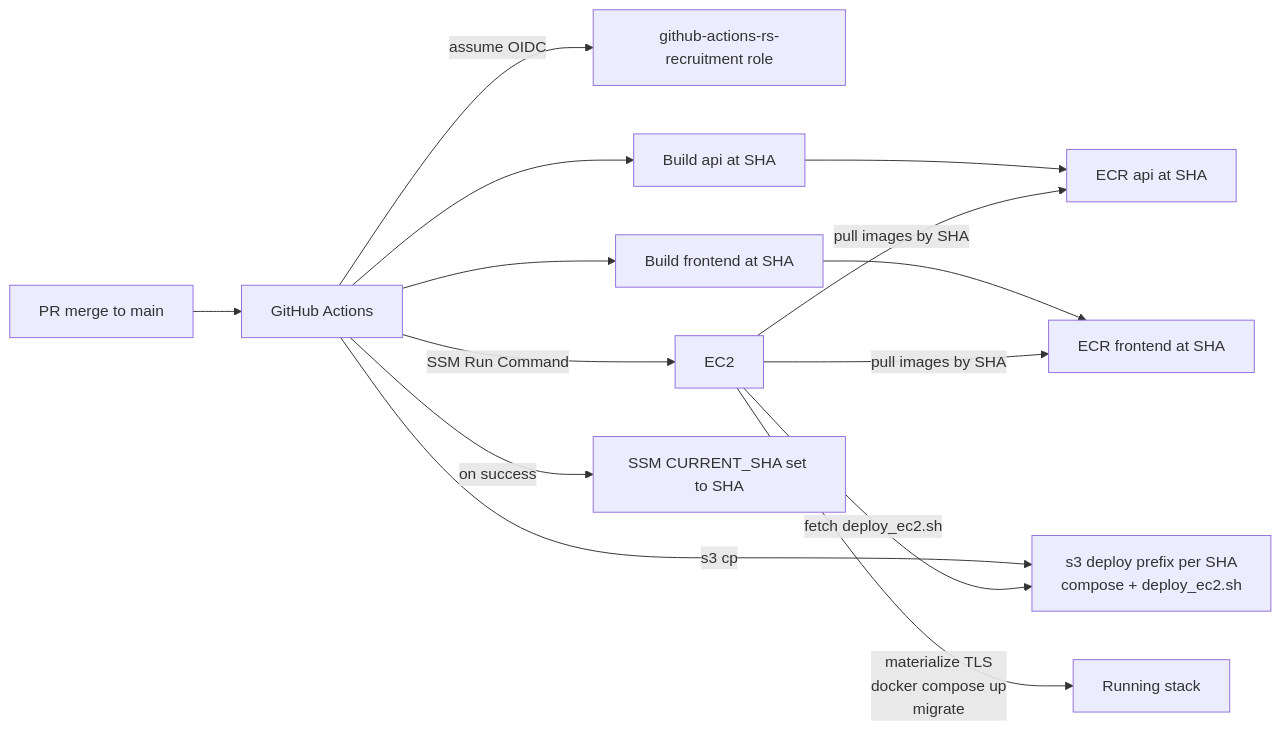
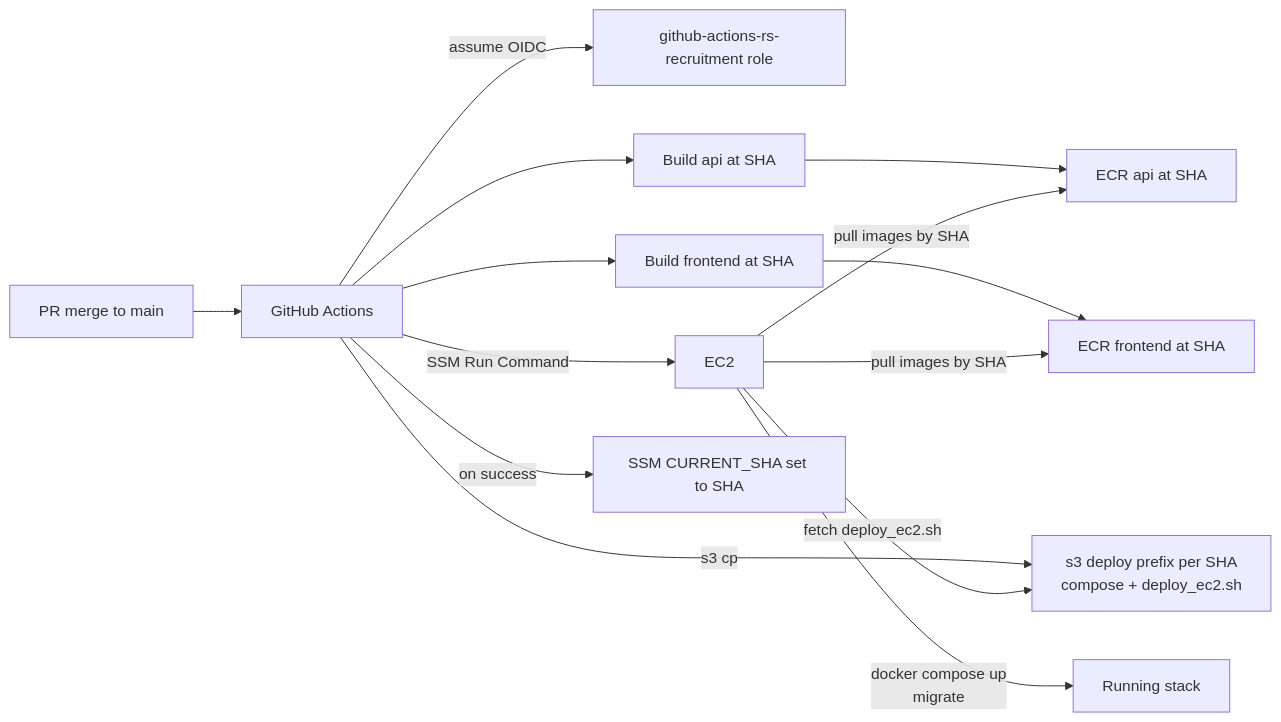
One commit to lahavrud/rs-recruitment changed the second of 2 diagrams in docs/INFRASTRUCTURE.md. Above: the diagram before and after it, drawn with Mermaid. The commit also changed other lines of this file and 4 other files, not shown here.

First line of the commit message:
docs: update all infra docs and architecture diagram for CloudFront migration

````diff
--- a/docs/INFRASTRUCTURE.md
+++ b/docs/INFRASTRUCTURE.md
@@ -91,14 +98,14 @@
 ```mermaid
 flowchart LR
   PR["PR merge to main"] --> CI["GitHub Actions"]
   CI -->|assume OIDC| AWS["github-actions-rs-recruitment role"]
   CI --> B1["Build api at SHA"] --> ECR1["ECR api at SHA"]
   CI --> B2["Build frontend at SHA"] --> ECR2["ECR frontend at SHA"]
   CI -->|"s3 cp"| S3["s3 deploy prefix per SHA<br/>compose + deploy_ec2.sh"]
   CI -->|"SSM Run Command"| EC2["EC2"]
   EC2 -->|"fetch deploy_ec2.sh"| S3
   EC2 -->|"pull images by SHA"| ECR1
   EC2 -->|"pull images by SHA"| ECR2
-  EC2 -->|"materialize TLS<br/>docker compose up<br/>migrate"| running["Running stack"]
+  EC2 -->|"docker compose up<br/>migrate"| running["Running stack"]
   CI -->|"on success"| SHA_PARAM["SSM CURRENT_SHA set to SHA"]
 ```
````
